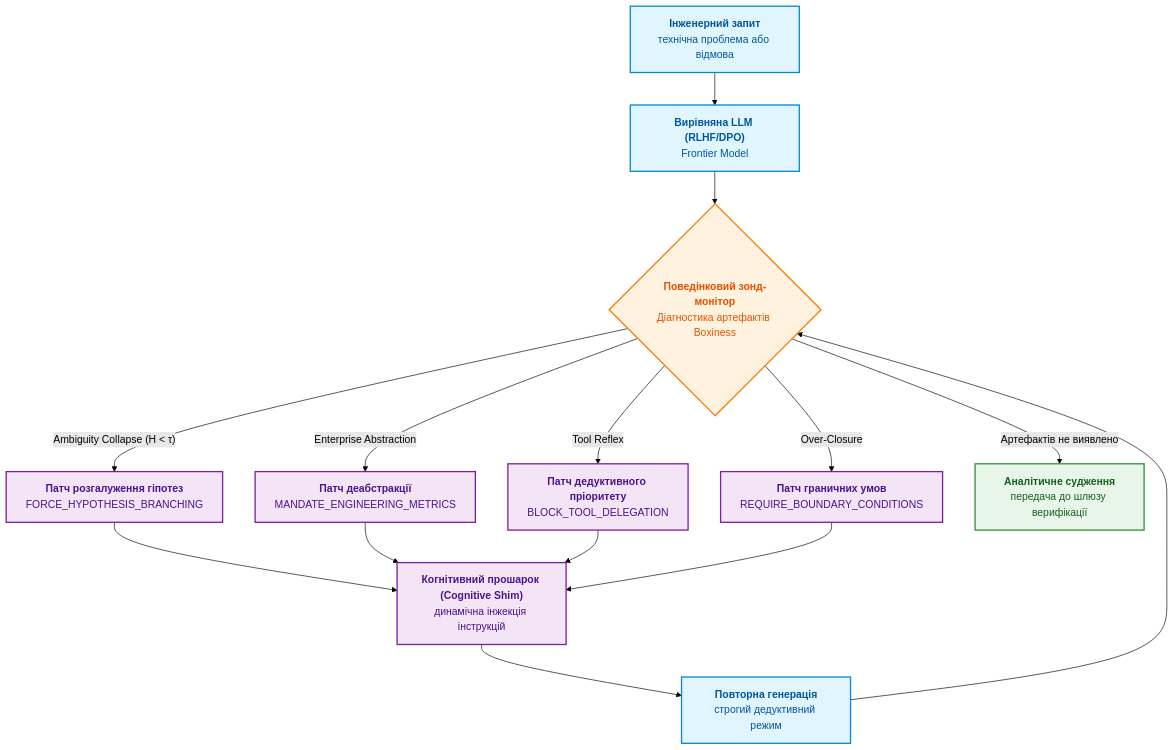
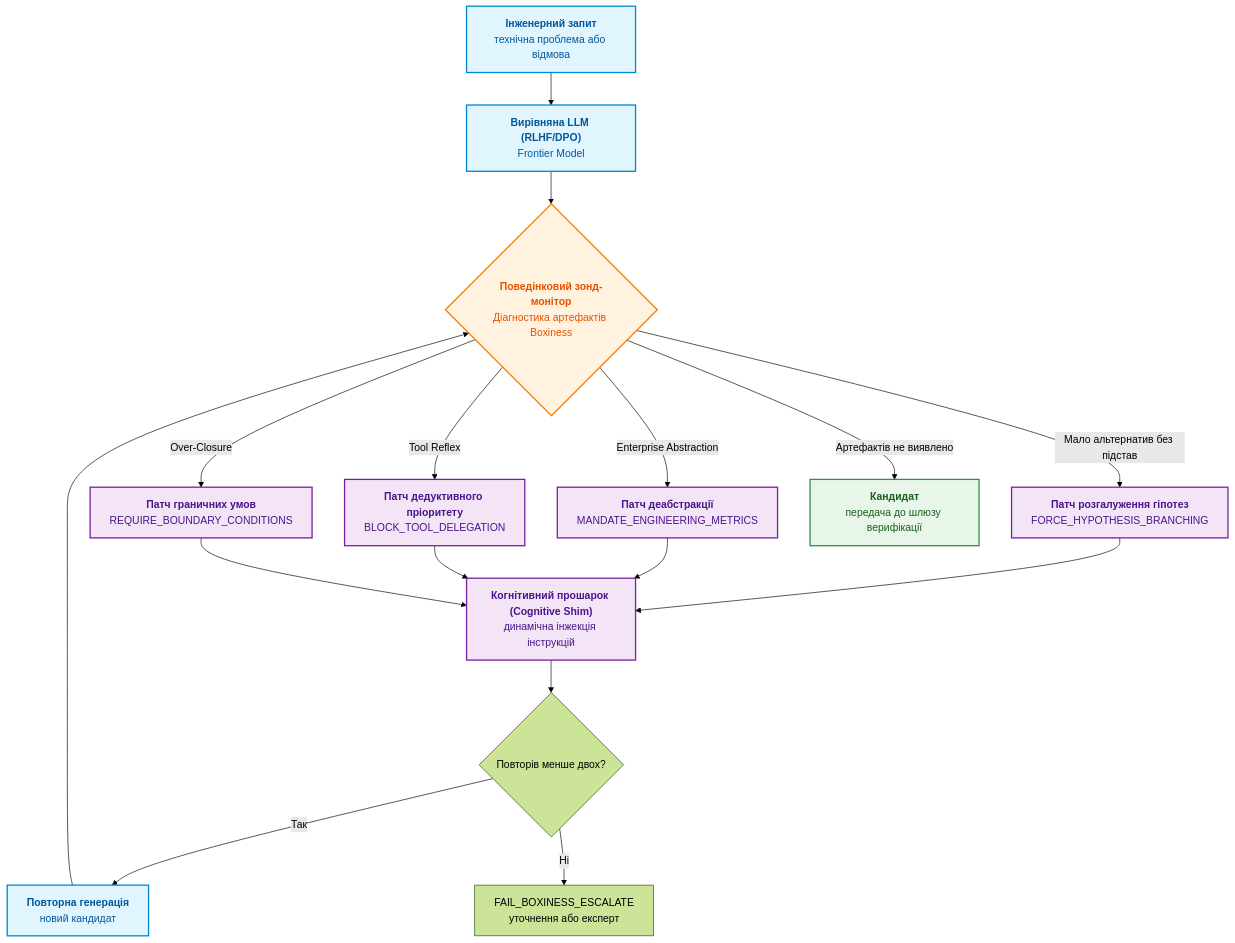
One commit to nick-fedchik/articles changed the first of 6 diagrams in ExpertSystem/ch38-curing-machine-hallucinations-and-knowledge-deficits.md. Above: the diagram before and after it, drawn with Mermaid (forest theme). The commit also changed other lines of this file and 7 other files, not shown here.

````diff
--- a/ExpertSystem/ch38-curing-machine-hallucinations-and-knowledge-deficits.md
+++ b/ExpertSystem/ch38-curing-machine-hallucinations-and-knowledge-deficits.md
@@ -80,29 +89,31 @@
 ```mermaid
 flowchart TD
     accTitle: Діагностика синдрому коробочності та інжекція когнітивних патчів
-    accDescr: Архітектурний конвеєр перехоплення вирівняних артефактів LLM за допомогою зондів ентропії та підмішування динамічних ремонтних патчів.
+	accDescr: Евристичні сигнали спрямовують до коригувального запиту, але після двох невдалих повторів потрібне уточнення; усі кандидати проходять зовнішню перевірку.
 
     Prompt["<b>Інженерний запит</b><br/>технічна проблема або відмова"] --> LLM["<b>Вирівняна LLM (RLHF/DPO)</b><br/>Frontier Model"]
     LLM --> Probe{"<b>Поведінковий зонд-монітор</b><br/>Діагностика артефактів Boxiness"}
     
-    Probe -- "Ambiguity Collapse (H < τ)" --> Patch1["<b>Патч розгалуження гіпотез</b><br/>FORCE_HYPOTHESIS_BRANCHING"]
+	Probe -- "Мало альтернатив без підстав" --> Patch1["<b>Патч розгалуження гіпотез</b><br/>FORCE_HYPOTHESIS_BRANCHING"]
     Probe -- "Enterprise Abstraction" --> Patch2["<b>Патч деабстракції</b><br/>MANDATE_ENGINEERING_METRICS"]
     Probe -- "Tool Reflex" --> Patch3["<b>Патч дедуктивного пріоритету</b><br/>BLOCK_TOOL_DELEGATION"]
     Probe -- "Over-Closure" --> Patch4["<b>Патч граничних умов</b><br/>REQUIRE_BOUNDARY_CONDITIONS"]
     
     Patch1 & Patch2 & Patch3 & Patch4 --> Shim["<b>Когнітивний прошарок (Cognitive Shim)</b><br/>динамічна інжекція інструкцій"]
-    Shim --> Retry["<b>Повторна генерація</b><br/>строгий дедуктивний режим"]
-    Retry --> Probe
-    
-    Probe -- Артефактів не виявлено --> Pass["<b>Аналітичне судження</b><br/>передача до шлюзу верифікації"]
+	Shim --> Budget{"Повторів менше двох?"}
+	Budget -->|"Так"| Retry["<b>Повторна генерація</b><br/>новий кандидат"]
+	Retry --> Probe
+	Budget -->|"Ні"| Escalate["FAIL_BOXINESS_ESCALATE<br/>уточнення або експерт"]
+
+	Probe -->|"Артефактів не виявлено"| Pass["<b>Кандидат</b><br/>передача до шлюзу верифікації"]
 
     classDef src fill:#e1f5fe,stroke:#0288d1,stroke-width:2px,color:#01579b;
     classDef check fill:#fff3e0,stroke:#f57c00,stroke-width:2px,color:#e65100;
     classDef patch fill:#f3e5f5,stroke:#7b1fa2,stroke-width:2px,color:#4a148c;
     classDef ok fill:#e8f5e9,stroke:#388e3c,stroke-width:2px,color:#1b5e20;
 
     class Prompt,LLM,Retry src;
     class Probe check;
     class Patch1,Patch2,Patch3,Patch4,Shim patch;
     class Pass ok;
 ```
````
